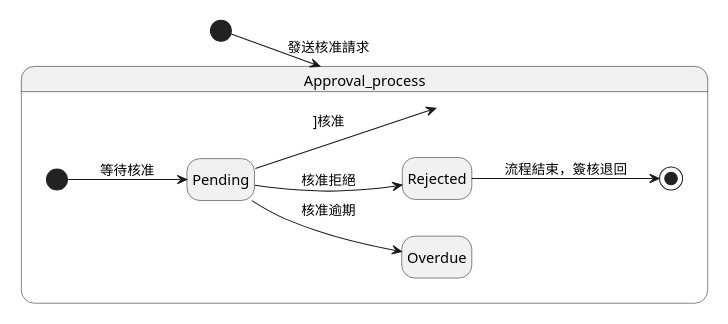
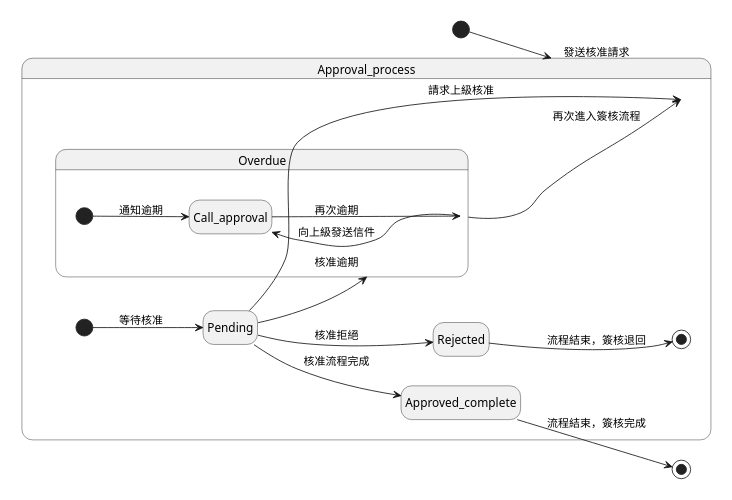
Before and after one commit to walle45611/NTUB_SecuManag_Diagram: the diagram in plantUML/state/approval.puml, drawn with PlantUML.

Commit message:
(modify): 簽核流程修改

```diff
--- a/plantUML/state/approval.puml
+++ b/plantUML/state/approval.puml
@@ -1,16 +1,23 @@
 @startuml
 
 left to right direction
 hide empty description
 scale 350 width
 
 [*] --> Approval_process: 發送核准請求
 state Approval_process{
   [*] --> Pending: 等待核准
-  Pending --> Overdue : 核准逾期
-  Pending --> Approval_process: ]核准
+  Pending --> Approval_process: 請求上級核准
   Pending --> Rejected: 核准拒絕
+  Pending --> Approved_complete: 核准流程完成
+  Pending --> Overdue: 核准逾期
   Rejected --> [*]: 流程結束，簽核退回
 }
-
+state Overdue{
+  [*] --> Call_approval: 通知逾期
+  Call_approval--> Overdue: 再次逾期
+  Overdue --> Call_approval: 向上級發送信件
+  Overdue --> Approval_process: 再次進入簽核流程
+}
+Approved_complete --> [*]: 流程結束，簽核完成
 @enduml
```
